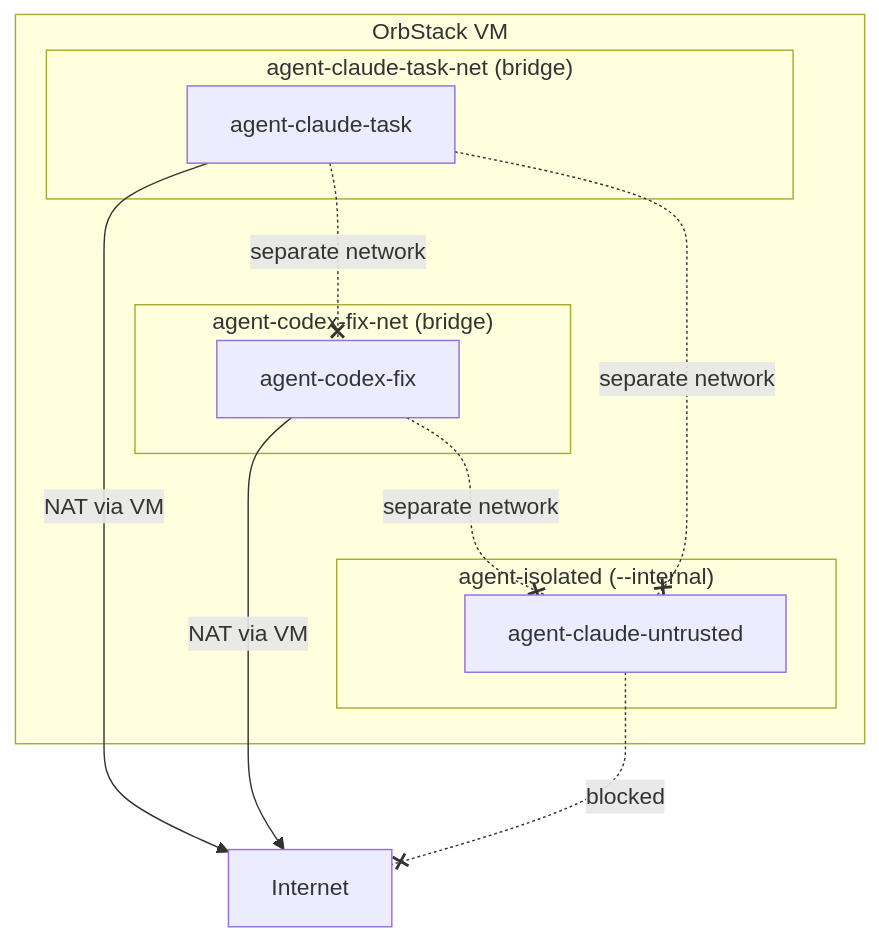
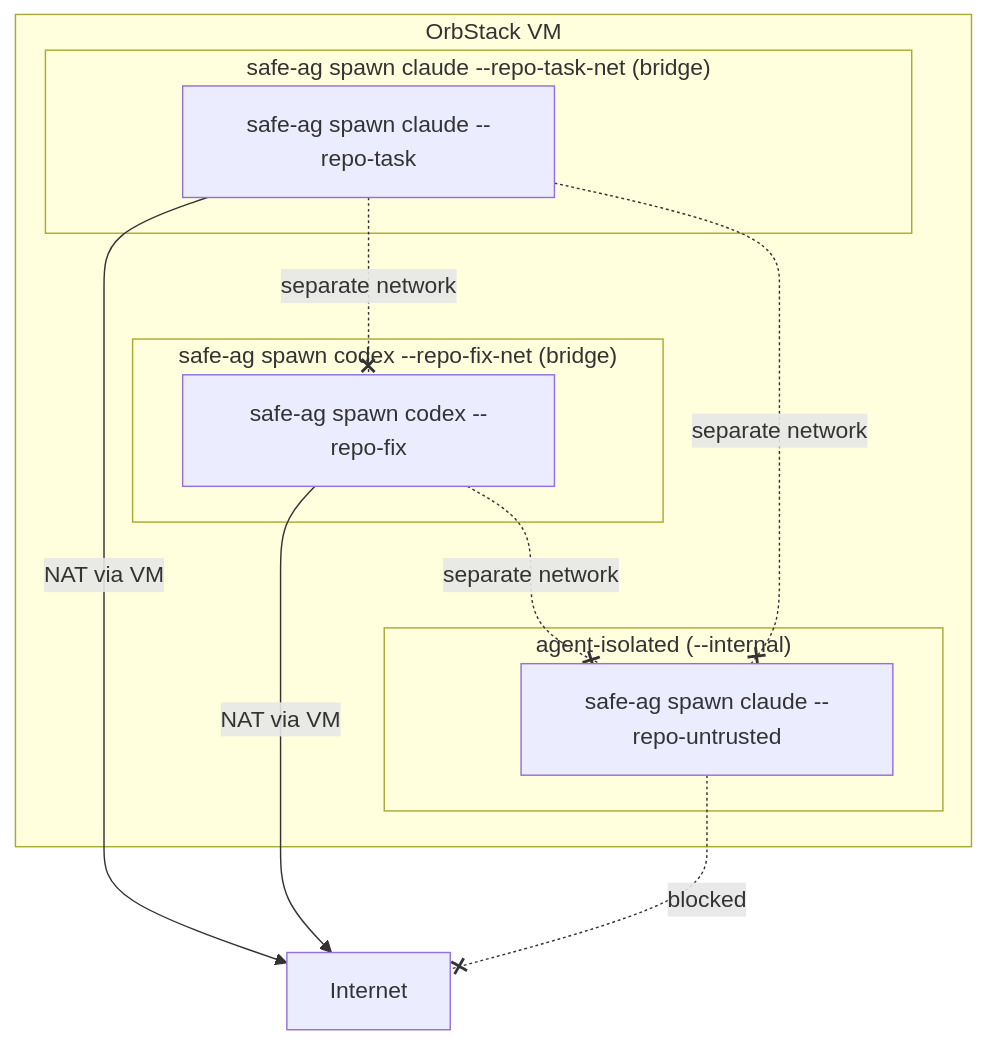
Before and after one commit to 0x666c6f/safe-agentic: the first of 2 diagrams in docs/architecture/networking.md, drawn with Mermaid. The commit also changed other lines of this file and 87 other files, not shown here.

````diff
--- a/docs/architecture/networking.md
+++ b/docs/architecture/networking.md
@@ -7,26 +7,26 @@
 ```mermaid
 graph TB
     internet["Internet"]
 
     subgraph vm["OrbStack VM"]
-        subgraph net_a["agent-claude-task-net (bridge)"]
-            container_a["agent-claude-task"]
+        subgraph net_a["safe-ag spawn claude --repo-task-net (bridge)"]
+            container_a["safe-ag spawn claude --repo-task"]
         end
 
-        subgraph net_b["agent-codex-fix-net (bridge)"]
-            container_b["agent-codex-fix"]
+        subgraph net_b["safe-ag spawn codex --repo-fix-net (bridge)"]
+            container_b["safe-ag spawn codex --repo-fix"]
         end
 
         subgraph net_isolated["agent-isolated (--internal)"]
-            container_c["agent-claude-untrusted"]
+            container_c["safe-ag spawn claude --repo-untrusted"]
         end
     end
 
     container_a -->|"NAT via VM"| internet
     container_b -->|"NAT via VM"| internet
     container_c -.-x|"blocked"| internet
 
     container_a -.-x|"separate network"| container_b
     container_a -.-x|"separate network"| container_c
     container_b -.-x|"separate network"| container_c
 ```
````
